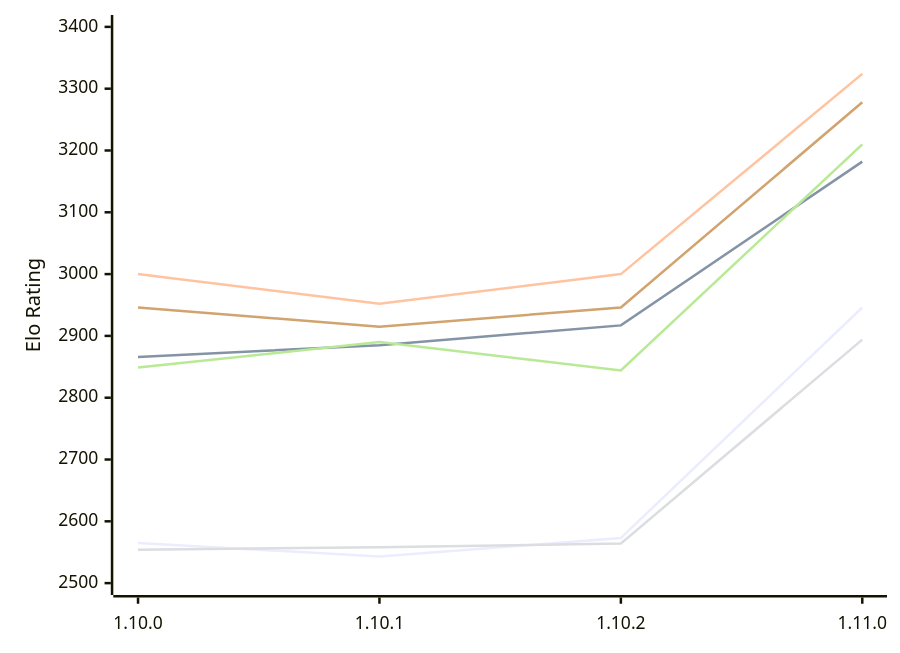
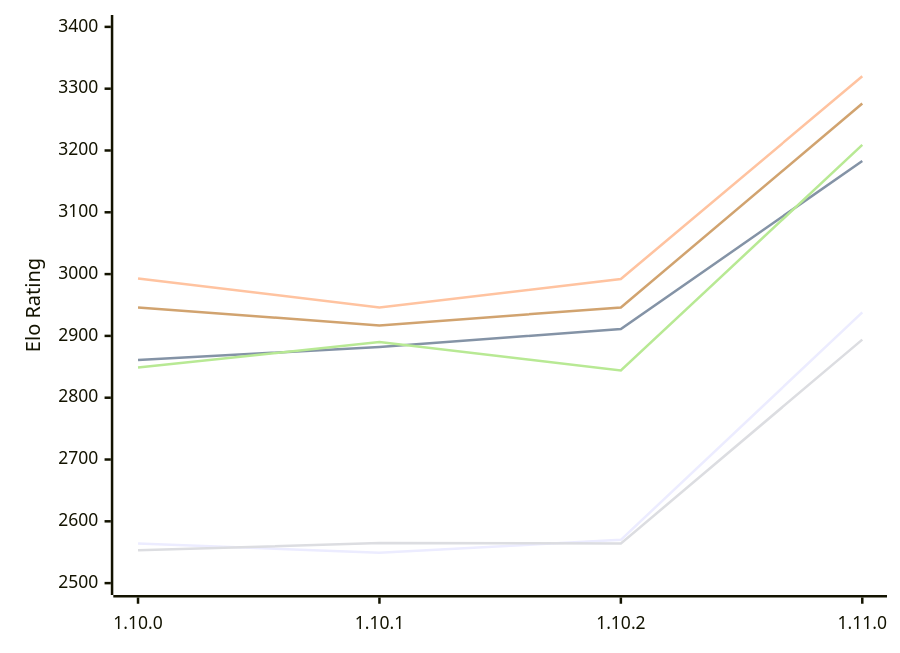
The first of 2 diagrams in engines/Basilisk.md (computer-chess-index/cci), drawn with Mermaid before and after one commit. The commit also changed other lines of this file, not shown here.

Commit message:
Update CCI Ratings (ELO VLTC) - 2026-11-26

````diff
--- a/engines/Basilisk.md
+++ b/engines/Basilisk.md
@@ -65,12 +65,12 @@
 ```mermaid
 %%{init: {"theme":"base","themeVariables":{"seriesColors:['#a3a3a3','#222221','#faa371']}}}%%
 xychart-beta
   x-axis ["1.10.0", "1.10.1", "1.10.2", "1.11.0"]
   y-axis "Elo Rating" 2500 --> 3400
-  line "E1: STC (8.0+0.08s)" [2565, 2543, 2573, 2946]
-  line "E1: LTC (60.0+0.60s)" [2866, 2885, 2917, 3182]
-  line "E1: VLTC (2m24s+1.12s)" [3000, 2952, 3000, 3324]
-  line "P1: STC (8.0+0.08s)" [2554, 2558, 2564, 2894]
-  line "P1: LTC (60.0+0.60s)" [2849, 2890, 2844, 3210]
-  line "P1: VLTC (2m24s+1.12s)" [2946, 2915, 2946, 3278]
+  line "E1: STC (8.0+0.08s)" [2564, 2549, 2570, 2938]
+  line "E1: LTC (60.0+0.60s)" [2861, 2882, 2911, 3183]
+  line "E1: VLTC (2m24s+1.12s)" [2993, 2946, 2992, 3320]
+  line "P1: STC (8.0+0.08s)" [2553, 2565, 2564, 2894]
+  line "P1: LTC (60.0+0.60s)" [2849, 2890, 2844, 3209]
+  line "P1: VLTC (2m24s+1.12s)" [2946, 2917, 2946, 3276]
 ```
````
